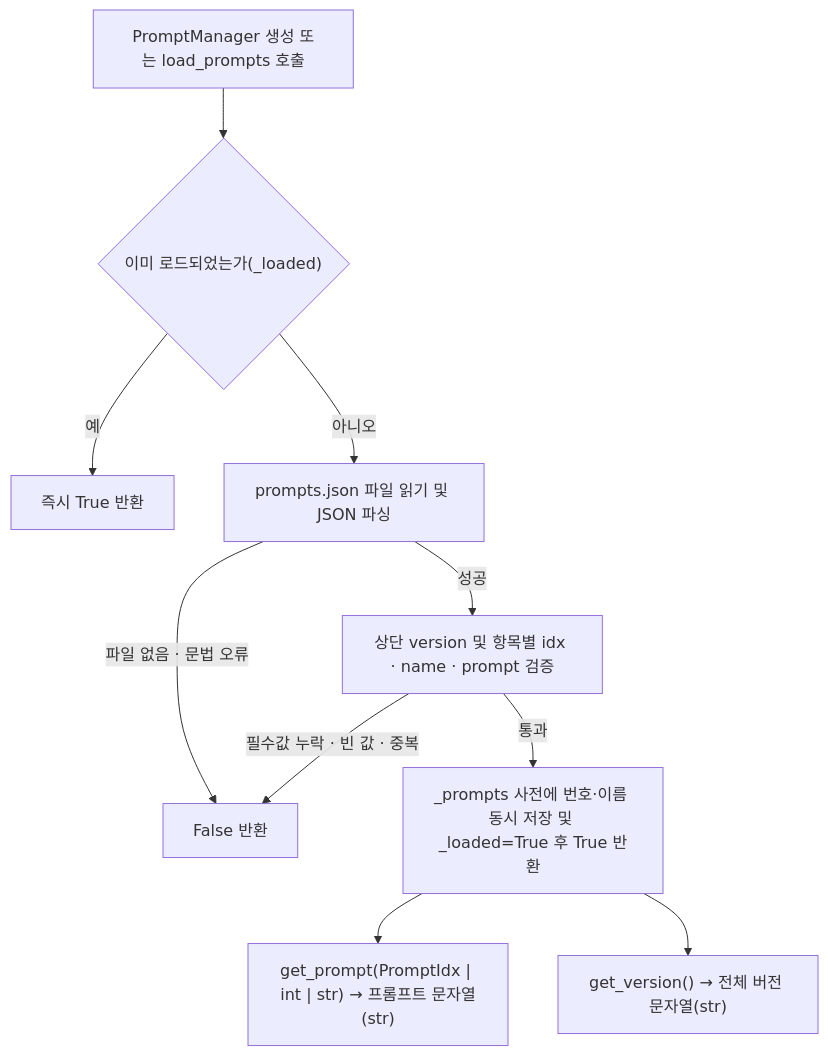
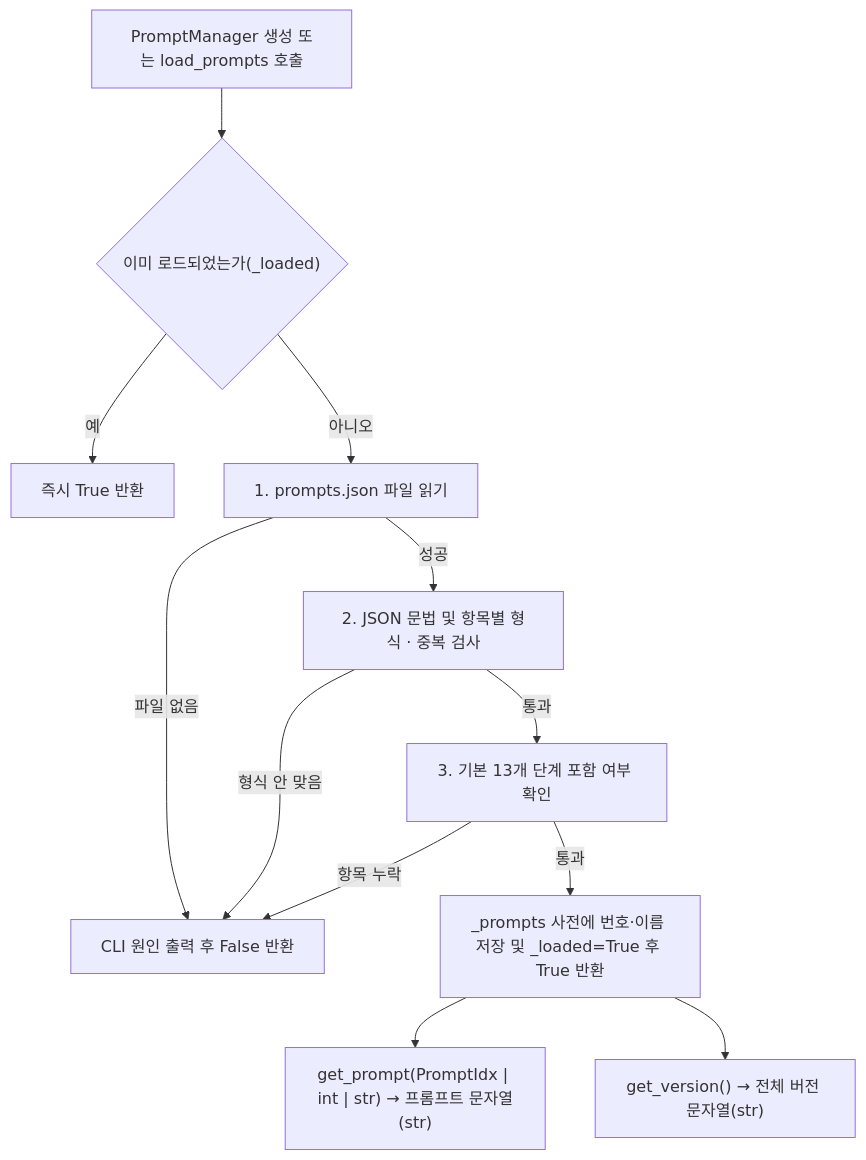
The diagram in docs/prompt-manager.md (Inha-zero-two/private-llm-pipeline), drawn with Mermaid before and after one commit. The commit also changed other lines of this file and 1 other file, not shown here.

Commit message:
fix: 로드 실패 시 CLI 원인 안내 추가 및 독스트링 보완

````diff
--- a/docs/prompt-manager.md
+++ b/docs/prompt-manager.md
@@ -56,12 +57,14 @@
 ```mermaid
 flowchart TD
     A["PromptManager 생성 또는 load_prompts 호출"] --> B{"이미 로드되었는가(_loaded)"}
     B -->|예| C["즉시 True 반환"]
-    B -->|아니오| D["prompts.json 파일 읽기 및 JSON 파싱"]
-    D -->|파일 없음 · 문법 오류| E["False 반환"]
-    D -->|성공| F["상단 version 및 항목별 idx · name · prompt 검증"]
-    F -->|필수값 누락 · 빈 값 · 중복| E
-    F -->|통과| G["_prompts 사전에 번호·이름 동시 저장 및 _loaded=True 후 True 반환"]
-    G --> H["get_prompt(PromptIdx | int | str) → 프롬프트 문자열(str)"]
-    G --> I["get_version() → 전체 버전 문자열(str)"]
+    B -->|아니오| D["1. prompts.json 파일 읽기"]
+    D -->|파일 없음| E["CLI 원인 출력 후 False 반환"]
+    D -->|성공| F["2. JSON 문법 및 항목별 형식 · 중복 검사"]
+    F -->|형식 안 맞음| E
+    F -->|통과| G["3. 기본 13개 단계 포함 여부 확인"]
+    G -->|항목 누락| E
+    G -->|통과| H["_prompts 사전에 번호·이름 저장 및 _loaded=True 후 True 반환"]
+    H --> I["get_prompt(PromptIdx | int | str) → 프롬프트 문자열(str)"]
+    H --> J["get_version() → 전체 버전 문자열(str)"]
 ```
````
